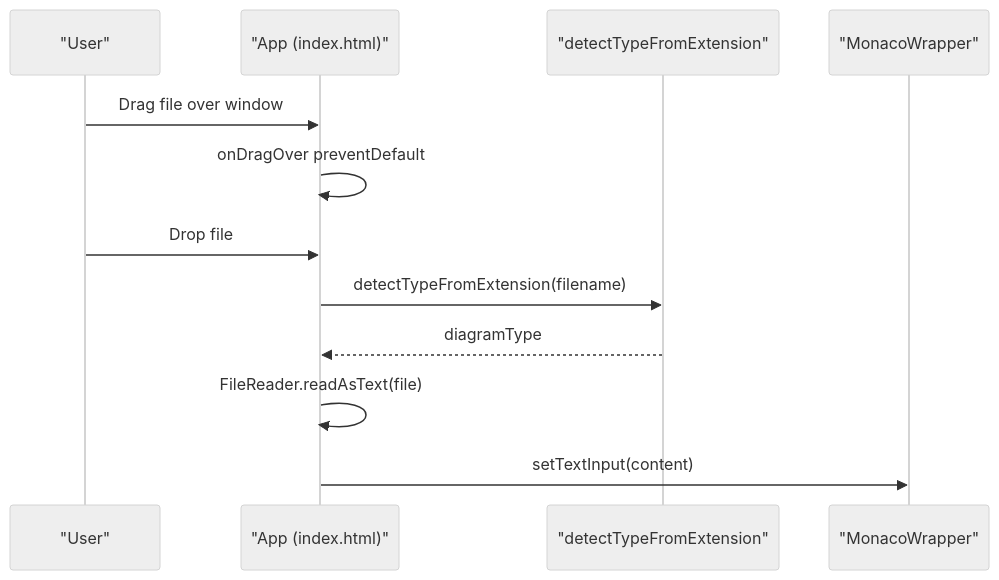
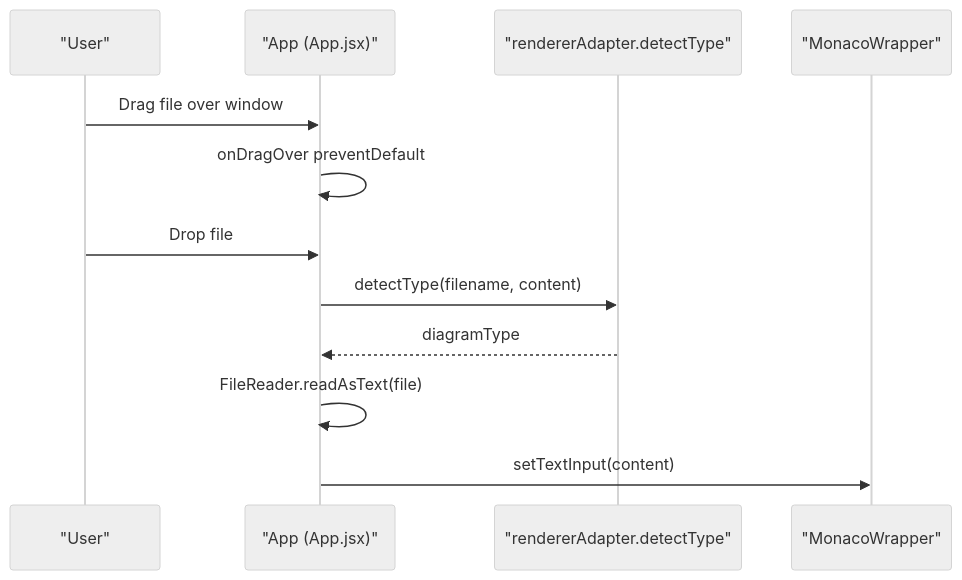
One commit to ongchonghian/universal-diagram-editor changed the fourth of 6 diagrams in .qoder/repowiki/en/content/Diagram Types and Formats/BPMN (Business Process Model and Notation).md. Above: the diagram before and after it, drawn with Mermaid (neutral theme). The commit also changed other lines of this file and 31 other files, not shown here.

````diff
--- a/.qoder/repowiki/en/content/Diagram Types and Formats/BPMN (Business Process Model and Notation).md
+++ b/.qoder/repowiki/en/content/Diagram Types and Formats/BPMN (Business Process Model and Notation).md
@@ -170,14 +170,14 @@
 ```mermaid
 sequenceDiagram
 participant User as "User"
-participant App as "App (index.html)"
-participant Utils as "detectTypeFromExtension"
+participant App as "App (App.jsx)"
+participant Utils as "rendererAdapter.detectType"
 participant Monaco as "MonacoWrapper"
 User->>App : Drag file over window
 App->>App : onDragOver preventDefault
 User->>App : Drop file
-App->>Utils : detectTypeFromExtension(filename)
+App->>Utils : detectType(filename, content)
 Utils-->>App : diagramType
 App->>App : FileReader.readAsText(file)
 App->>Monaco : setTextInput(content)
 ```
````
